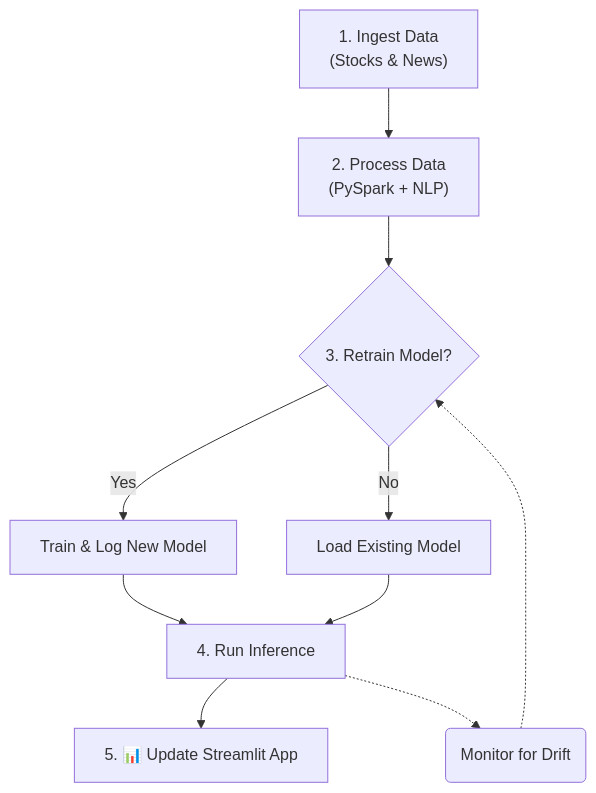
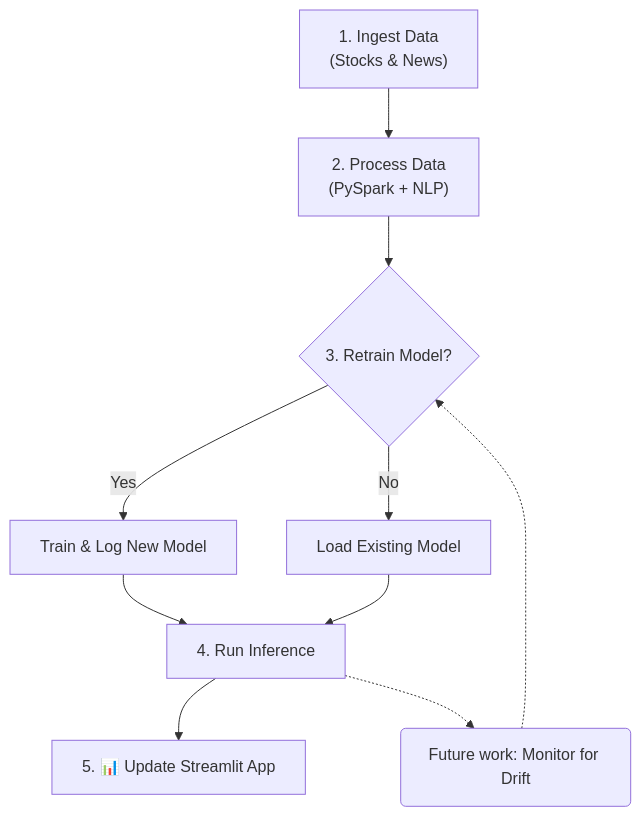
The diagram in README.md (asupraja3/nlp-finance-forecast), drawn with Mermaid before and after one commit.

Commit message:
Clarify future work for monitoring drift

````diff
--- a/README.md
+++ b/README.md
@@ -9,19 +9,19 @@
 ```mermaid
 graph TD
     %% --- Main Workflow ---
     A["1. Ingest Data<br/>(Stocks & News)"] --> B["2. Process Data<br/>(PySpark + NLP)"];
     B --> C{3. Retrain Model?};
     
     C -- Yes --> D["Train & Log New Model"];
     C -- No --> E["Load Existing Model"];
     
     D --> F["4. Run Inference"];
     E --> F;
     
     F --> G["5. 📊 Update Streamlit App"];
 
     %% --- Future Work Loop (Dotted Lines) ---
-    F -.-> M(Monitor for Drift);
+    F -.-> M(Future work: Monitor for Drift);
     M -.-> C;
 
 ```
````
